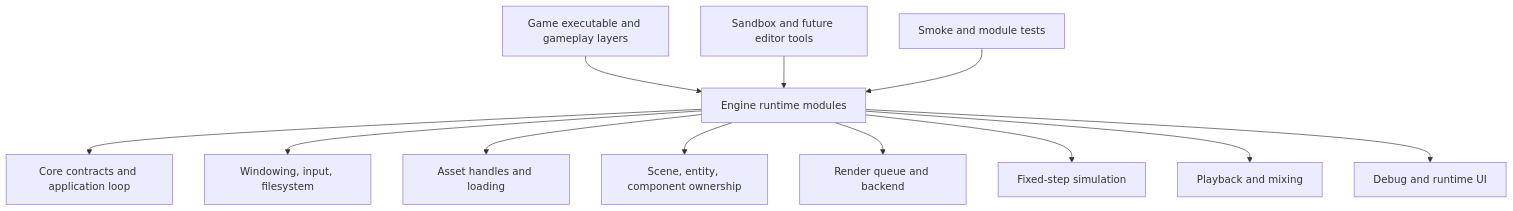
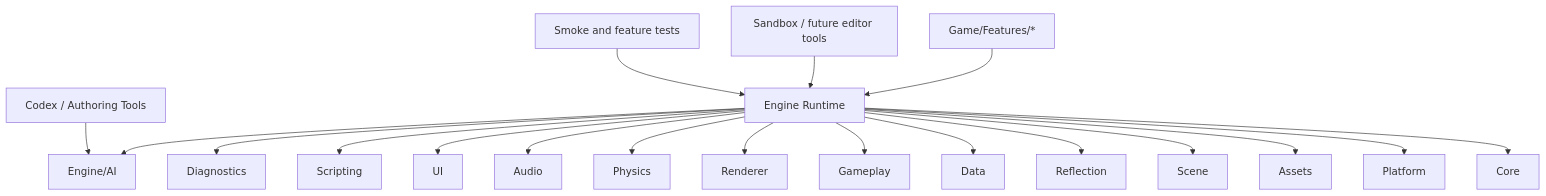
The first of 2 diagrams in docs/ARCHITECTURE.md (haowenGuo/SHE), drawn with Mermaid before and after one commit. The commit also changed other lines of this file and 63 other files, not shown here.

````diff
--- a/docs/ARCHITECTURE.md
+++ b/docs/ARCHITECTURE.md
@@ -14,14 +13,21 @@
 ```mermaid
 flowchart TD
-    Game["Game executable and gameplay layers"] --> Engine["Engine runtime modules"]
-    Tools["Sandbox and future editor tools"] --> Engine
-    Tests["Smoke and module tests"] --> Engine
-    Engine --> Core["Core contracts and application loop"]
-    Engine --> Platform["Windowing, input, filesystem"]
-    Engine --> Assets["Asset handles and loading"]
-    Engine --> Scene["Scene, entity, component ownership"]
-    Engine --> Renderer["Render queue and backend"]
-    Engine --> Physics["Fixed-step simulation"]
-    Engine --> Audio["Playback and mixing"]
-    Engine --> UI["Debug and runtime UI"]
+    Codex["Codex / Authoring Tools"] --> AI["Engine/AI"]
+    Game["Game/Features/*"] --> Engine["Engine Runtime"]
+    Tools["Sandbox / future editor tools"] --> Engine
+    Tests["Smoke and feature tests"] --> Engine
+    Engine --> Core["Core"]
+    Engine --> Platform["Platform"]
+    Engine --> Assets["Assets"]
+    Engine --> Scene["Scene"]
+    Engine --> Reflection["Reflection"]
+    Engine --> Data["Data"]
+    Engine --> Gameplay["Gameplay"]
+    Engine --> Renderer["Renderer"]
+    Engine --> Physics["Physics"]
+    Engine --> Audio["Audio"]
+    Engine --> UI["UI"]
+    Engine --> Scripting["Scripting"]
+    Engine --> Diagnostics["Diagnostics"]
+    Engine --> AI
 ```
````
